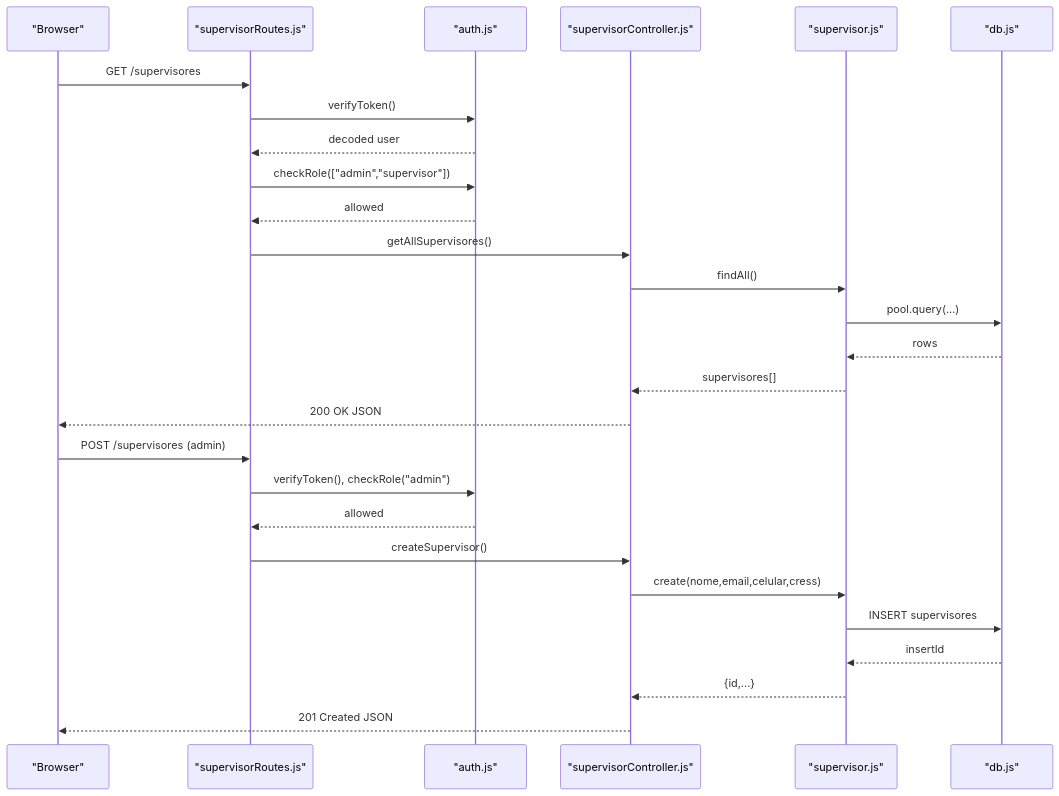
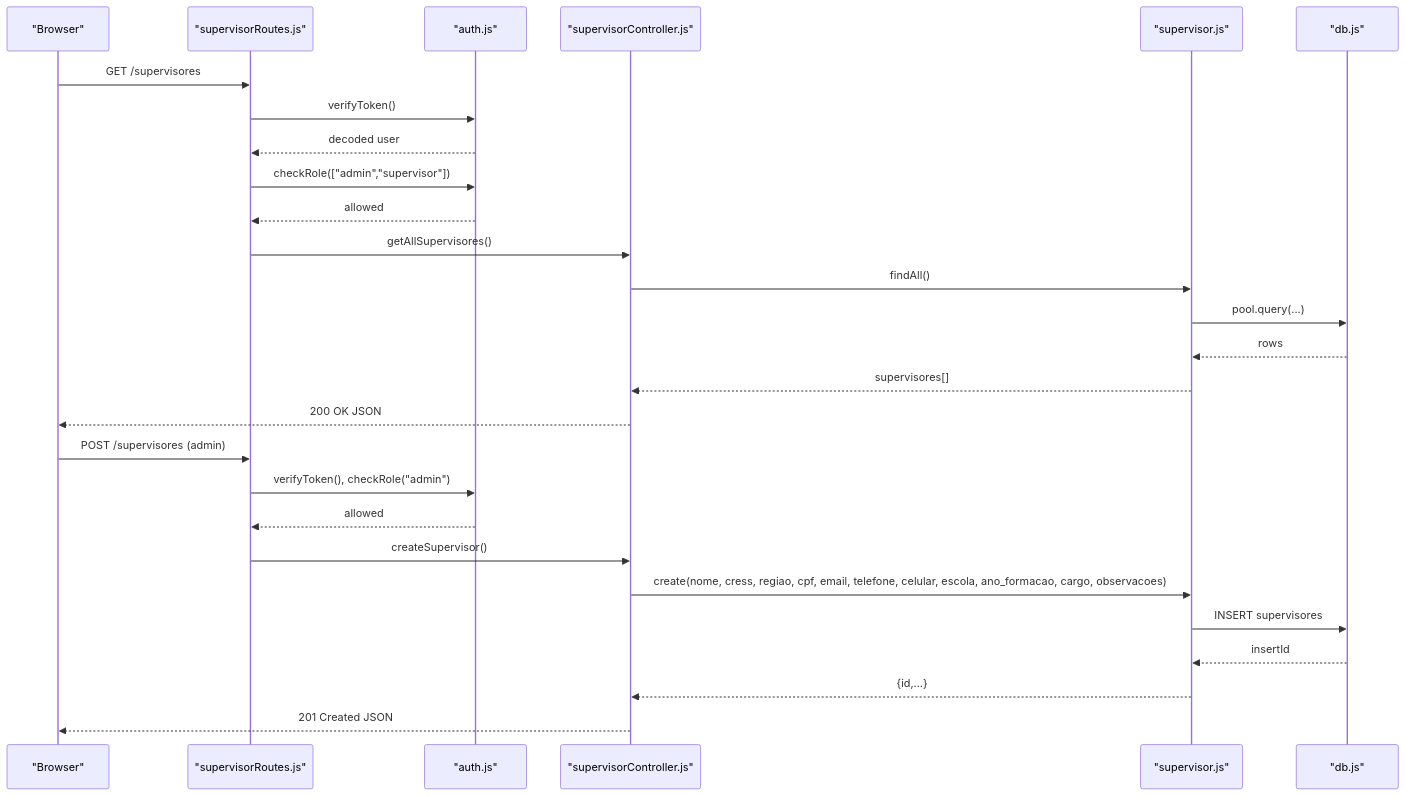
One commit to luiseduacosta/nodemural changed the second of 6 diagrams in .qoder/repowiki/en/content/Core Features Implementation/Supervisor Management.md. Above: the diagram before and after it, drawn with Mermaid. The commit also changed other lines of this file and 1 other file, not shown here.

````diff
--- a/.qoder/repowiki/en/content/Core Features Implementation/Supervisor Management.md
+++ b/.qoder/repowiki/en/content/Core Features Implementation/Supervisor Management.md
@@ -118,29 +125,29 @@
 ```mermaid
 sequenceDiagram
 participant Browser as "Browser"
 participant Router as "supervisorRoutes.js"
 participant Auth as "auth.js"
 participant Controller as "supervisorController.js"
 participant Model as "supervisor.js"
 participant DB as "db.js"
 Browser->>Router : GET /supervisores
 Router->>Auth : verifyToken()
 Auth-->>Router : decoded user
 Router->>Auth : checkRole(["admin","supervisor"])
 Auth-->>Router : allowed
 Router->>Controller : getAllSupervisores()
 Controller->>Model : findAll()
 Model->>DB : pool.query(...)
 DB-->>Model : rows
 Model-->>Controller : supervisores[]
 Controller-->>Browser : 200 OK JSON
 Browser->>Router : POST /supervisores (admin)
 Router->>Auth : verifyToken(), checkRole("admin")
 Auth-->>Router : allowed
 Router->>Controller : createSupervisor()
-Controller->>Model : create(nome,email,celular,cress)
+Controller->>Model : create(nome, cress, regiao, cpf, email, telefone, celular, escola, ano_formacao, cargo, observacoes)
 Model->>DB : INSERT supervisores
 DB-->>Model : insertId
 Model-->>Controller : {id,...}
 Controller-->>Browser : 201 Created JSON
 ```
````
